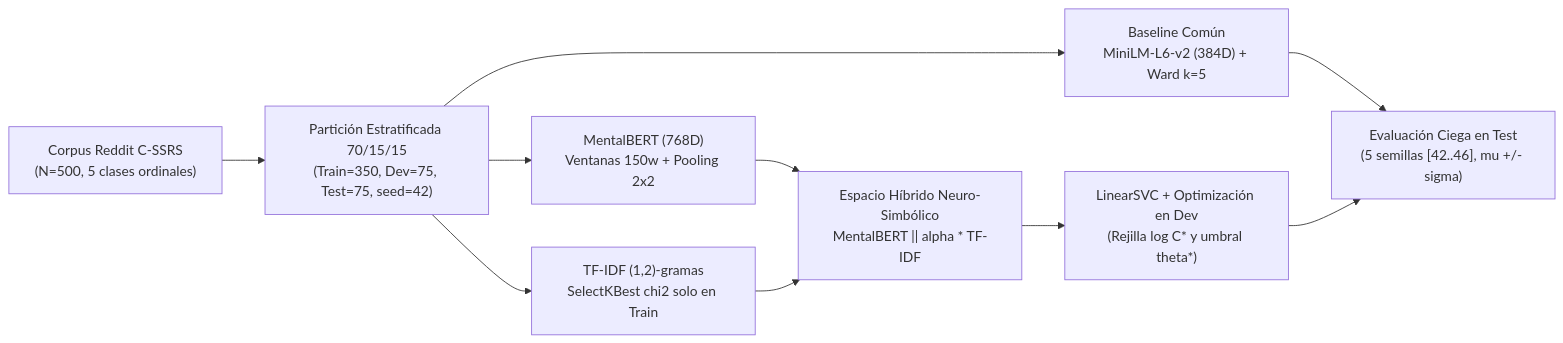
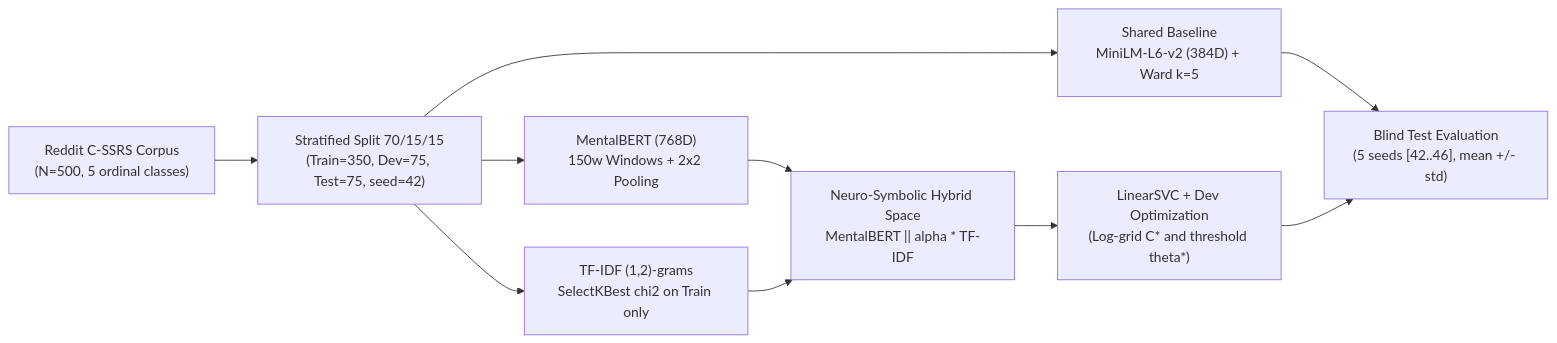
Before and after one commit to aimarlarriba/clinical-risk-nlp: the diagram in README.md, drawn with Mermaid. The commit also changed other lines of this file and 1 other file, not shown here.

````diff
--- a/README.md
+++ b/README.md
@@ -39,12 +41,12 @@
 ```mermaid
 flowchart LR
-    A["Corpus Reddit C-SSRS<br/>(N=500, 5 clases ordinales)"] --> B["Partición Estratificada 70/15/15<br/>(Train=350, Dev=75, Test=75, seed=42)"]
-    B --> C["Baseline Común<br/>MiniLM-L6-v2 (384D) + Ward k=5"]
-    B --> D["MentalBERT (768D)<br/>Ventanas 150w + Pooling 2x2"]
-    B --> E["TF-IDF (1,2)-gramas<br/>SelectKBest chi2 solo en Train"]
-    D --> F["Espacio Híbrido Neuro-Simbólico<br/>MentalBERT || alpha * TF-IDF"]
+    A["Reddit C-SSRS Corpus<br/>(N=500, 5 ordinal classes)"] --> B["Stratified Split 70/15/15<br/>(Train=350, Dev=75, Test=75, seed=42)"]
+    B --> C["Shared Baseline<br/>MiniLM-L6-v2 (384D) + Ward k=5"]
+    B --> D["MentalBERT (768D)<br/>150w Windows + 2x2 Pooling"]
+    B --> E["TF-IDF (1,2)-grams<br/>SelectKBest chi2 on Train only"]
+    D --> F["Neuro-Symbolic Hybrid Space<br/>MentalBERT || alpha * TF-IDF"]
     E --> F
-    F --> G["LinearSVC + Optimización en Dev<br/>(Rejilla log C* y umbral theta*)"]
-    C --> H["Evaluación Ciega en Test<br/>(5 semillas [42..46], mu +/- sigma)"]
+    F --> G["LinearSVC + Dev Optimization<br/>(Log-grid C* and threshold theta*)"]
+    C --> H["Blind Test Evaluation<br/>(5 seeds [42..46], mean +/- std)"]
     G --> H
 ```
````
